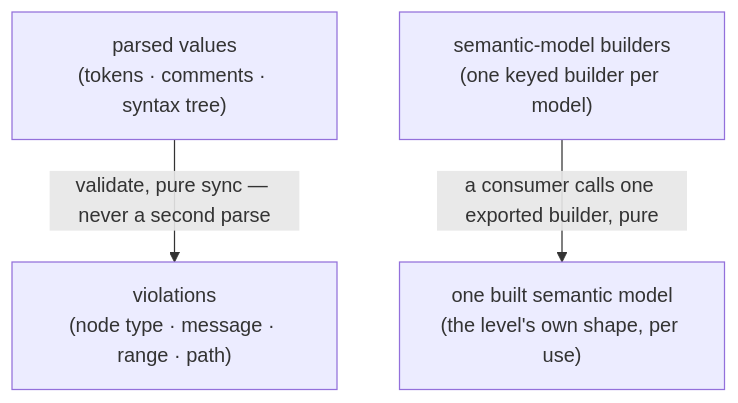
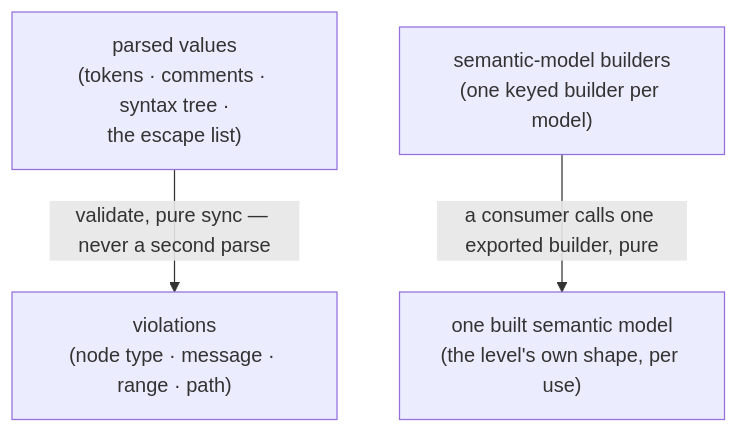
One commit to codeschoolinabox/curricula changed the diagram in src/lib/study-lenses/language-levels/DOCS.md. Above: the diagram before and after it, drawn with Mermaid. The commit also changed other lines of this file and 8 other files, not shown here.

Commit message:
docs: AR-2 coherence batch — escape list named region-wide, four-stage gate, third residual hole, Identifier-typed reference

````diff
--- a/src/lib/study-lenses/language-levels/DOCS.md
+++ b/src/lib/study-lenses/language-levels/DOCS.md
@@ -40,9 +40,9 @@
 ```mermaid
 flowchart TD
-    PF["parsed values<br/>(tokens · comments · syntax tree)"]
+    PF["parsed values<br/>(tokens · comments · syntax tree ·<br/>the escape list)"]
     VIO["violations<br/>(node type · message · range · path)"]
     SMB["semantic-model builders<br/>(one keyed builder per model)"]
     MOD["one built semantic model<br/>(the level's own shape, per use)"]
     PF -->|"validate, pure sync — never a second parse"| VIO
     SMB -->|"a consumer calls one exported builder, pure"| MOD
 ```
````
